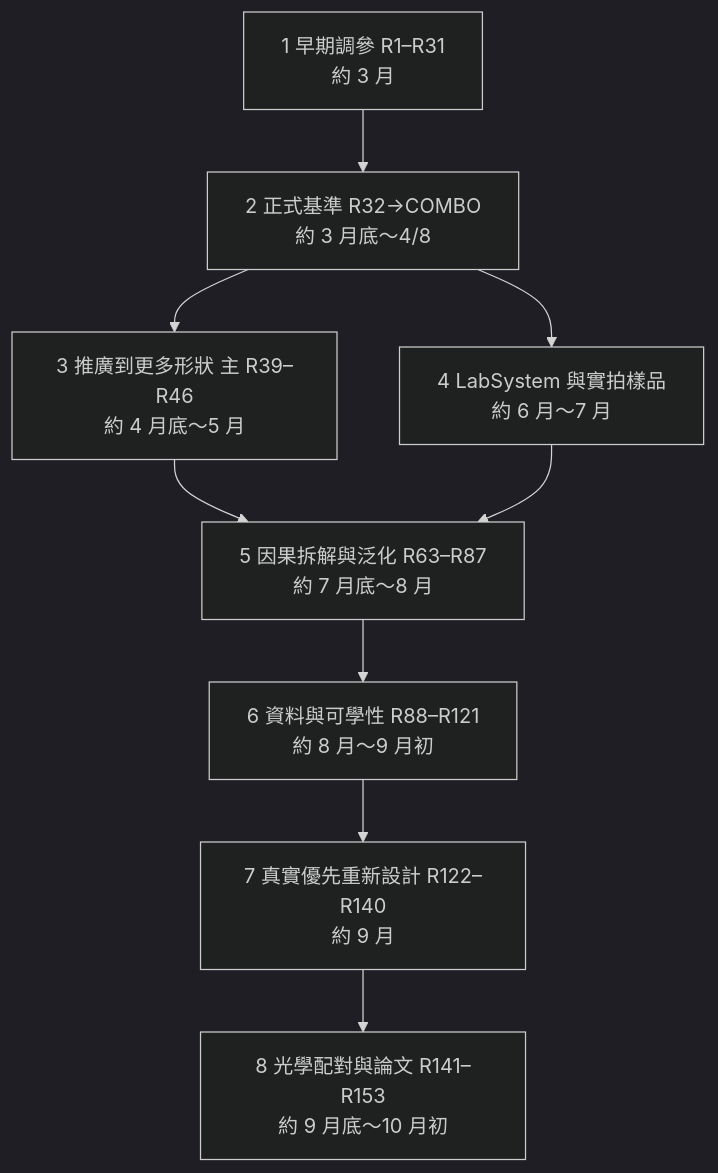
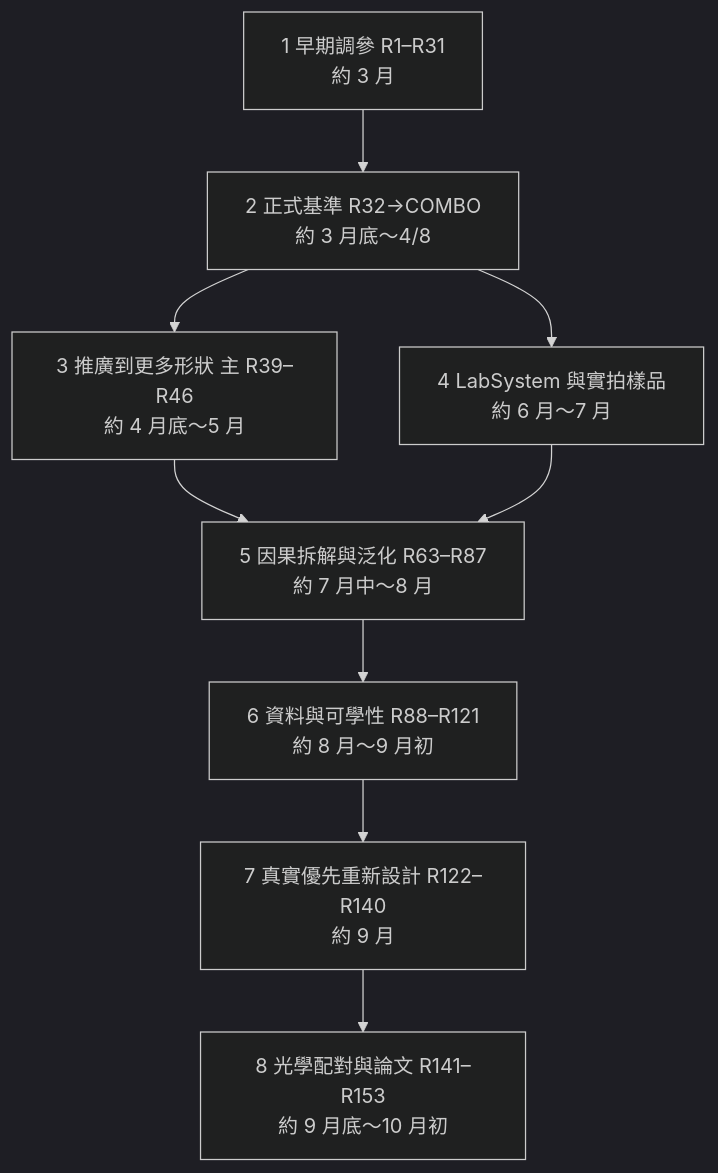
The diagram in docs/research/TIMELINE.md (rio10255254/GMM_2_Final), drawn with Mermaid (dark theme) before and after one commit. The commit also changed other lines of this file and 5 other files, not shown here.

````diff
--- a/docs/research/TIMELINE.md
+++ b/docs/research/TIMELINE.md
@@ -33,11 +34,11 @@
 ```mermaid
 flowchart TD
     P1["1 早期調參 R1–R31<br/>約 3 月"] --> P2["2 正式基準 R32→COMBO<br/>約 3 月底～4/8"]
     P2 --> P3["3 推廣到更多形狀 主 R39–R46<br/>約 4 月底～5 月"]
     P2 --> P4["4 LabSystem 與實拍樣品<br/>約 6 月～7 月"]
-    P3 --> P5["5 因果拆解與泛化 R63–R87<br/>約 7 月底～8 月"]
+    P3 --> P5["5 因果拆解與泛化 R63–R87<br/>約 7 月中～8 月"]
     P4 --> P5
     P5 --> P6["6 資料與可學性 R88–R121<br/>約 8 月～9 月初"]
     P6 --> P7["7 真實優先重新設計 R122–R140<br/>約 9 月"]
     P7 --> P8["8 光學配對與論文 R141–R153<br/>約 9 月底～10 月初"]
 ```
````
